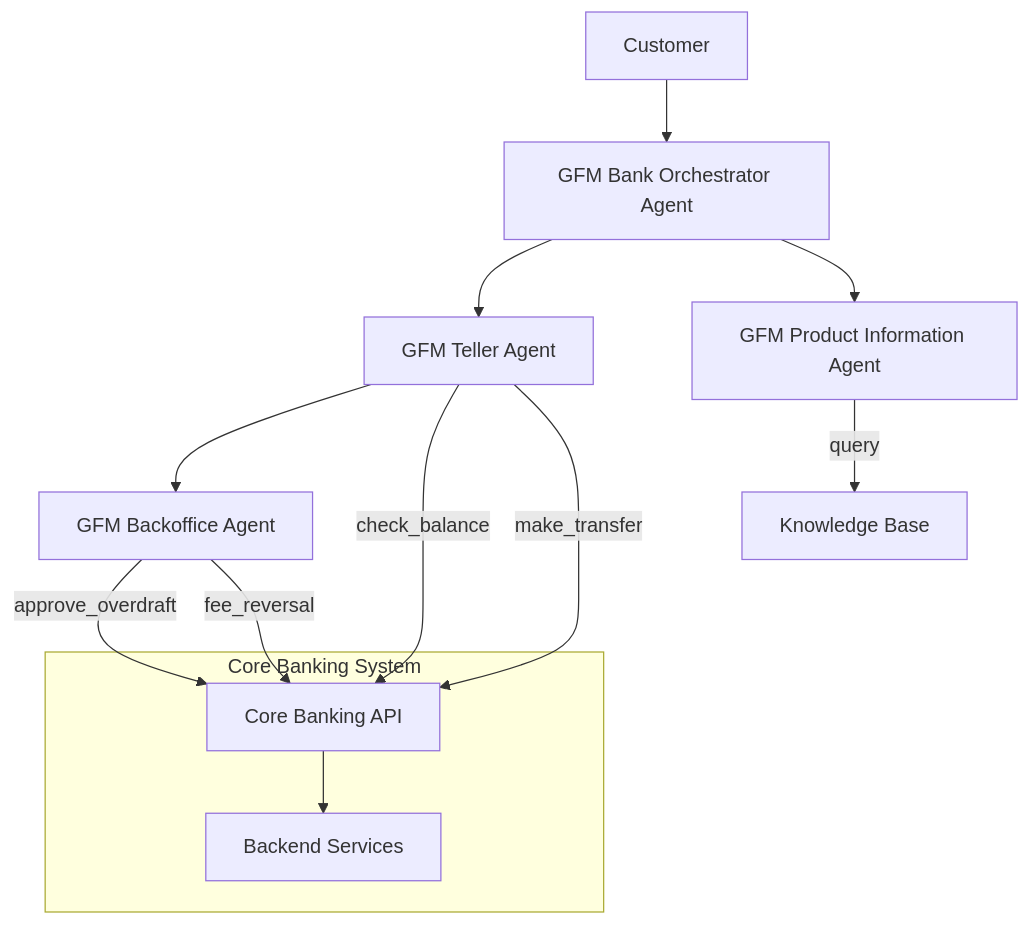
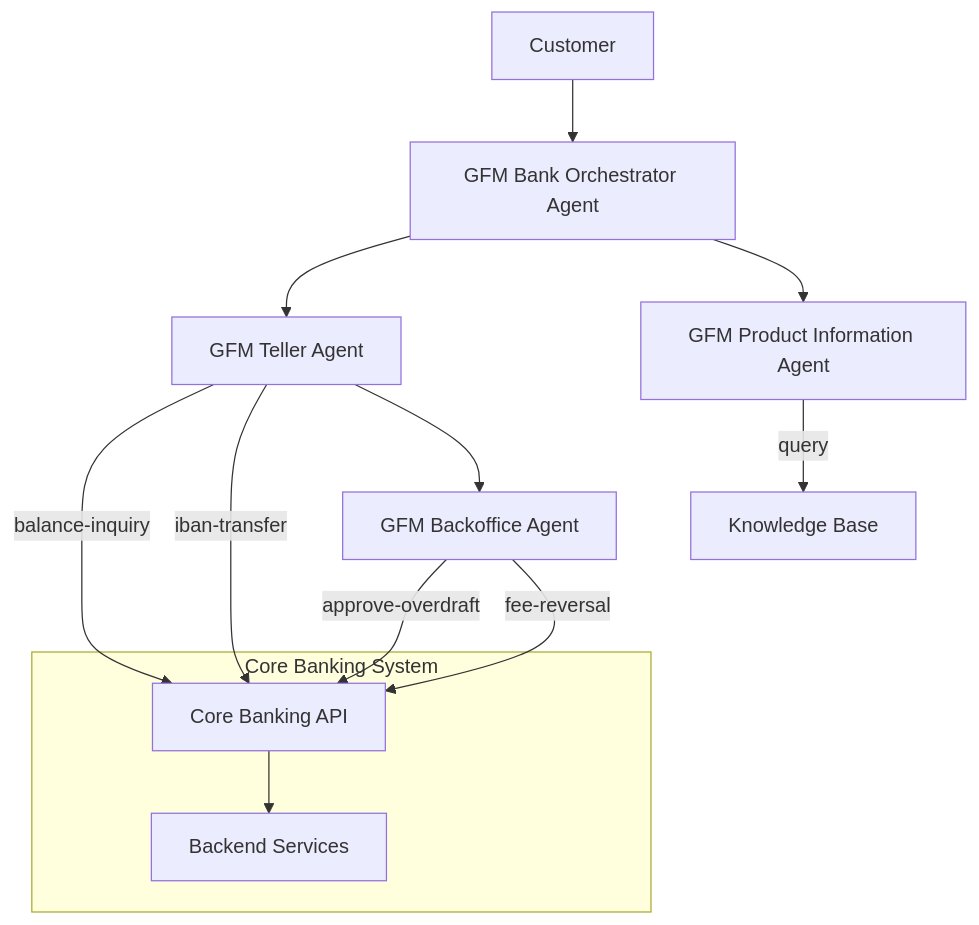
Before and after one commit to djhunt-ibm/agentic-ai-client-bootcamp: the second of 2 diagrams in usecases/banking-backoffice/assets/hands_on_lab_banking_automation.md, drawn with Mermaid.

````diff
--- a/usecases/banking-backoffice/assets/hands_on_lab_banking_automation.md
+++ b/usecases/banking-backoffice/assets/hands_on_lab_banking_automation.md
@@ -98,17 +98,18 @@
 ```mermaid
 graph TD
     Customer[Customer] --> Orchestrator[GFM Bank Orchestrator Agent]
     Orchestrator --> Teller[GFM Teller Agent]
     Orchestrator --> ProductInfo[GFM Product Information Agent]
 
+    Teller --> |balance-inquiry| API[Core Banking API]
+    Teller --> |iban-transfer| API
     Teller --> Backoffice[GFM Backoffice Agent]
-    Teller --> |check_balance| API[Core Banking API]
-    Teller --> |make_transfer| API
-    Backoffice --> |approve_overdraft| API
-    Backoffice --> |fee_reversal| API
+
+    Backoffice --> |approve-overdraft| API
+    Backoffice --> |fee-reversal| API
     ProductInfo --> |query| Knowledge[Knowledge Base]
     
     subgraph "Core Banking System"
         API --> Backend[Backend Services]
     end
 ```
````
